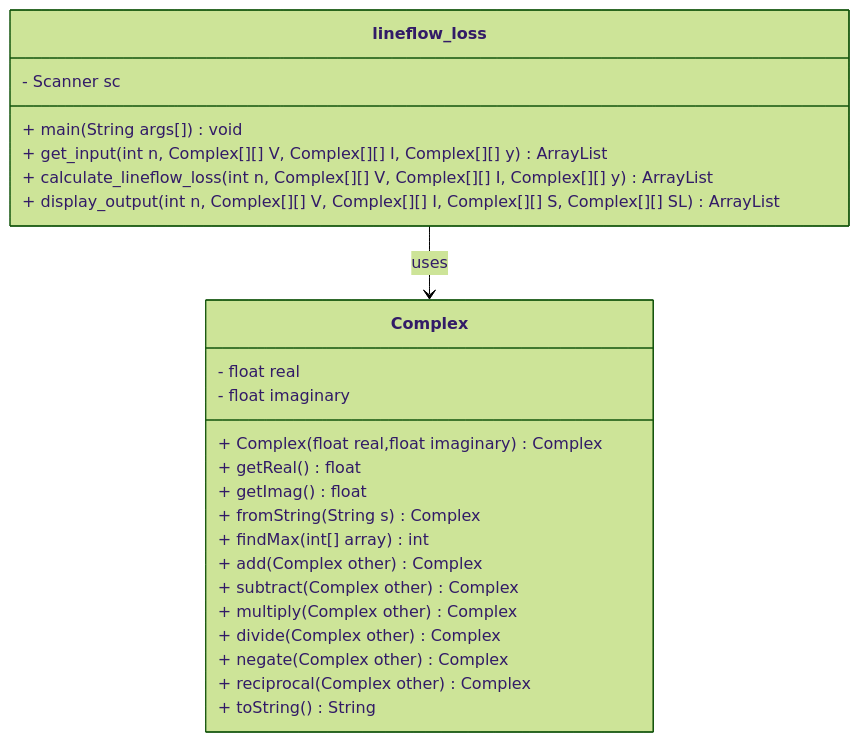
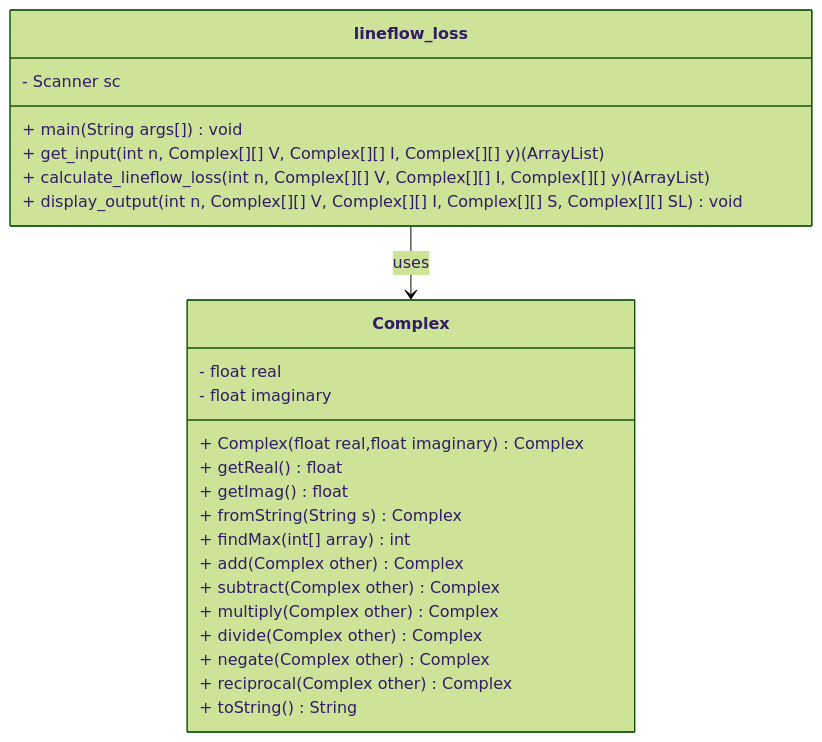
One commit to Sree2011/codes-loadflow-analysis changed the diagram in line-flows-and-losses.md. Above: the diagram before and after it, drawn with Mermaid (forest theme).

````diff
--- a/line-flows-and-losses.md
+++ b/line-flows-and-losses.md
@@ -121,29 +121,29 @@
 ```mermaid
 classDiagram
 class Complex{
    - float real
    - float imaginary
    + Complex(float real,float imaginary) Complex
    + getReal() float
    + getImag() float
    + fromString(String s) Complex
    + findMax(int[] array) int
    + add(Complex other) Complex
    + subtract(Complex other) Complex
    + multiply(Complex other) Complex
    + divide(Complex other) Complex
    + negate(Complex other) Complex
    + reciprocal(Complex other) Complex
    + toString() String
 }
 
 class lineflow_loss{
     - Scanner sc
     + main(String args[]) void
-    + get_input(int n, Complex[][] V, Complex[][] I, Complex[][] y) ArrayList<Complex[][]>
-    + calculate_lineflow_loss(int n, Complex[][] V, Complex[][] I, Complex[][] y) ArrayList<Complex[][]>
-    + display_output(int n, Complex[][] V, Complex[][] I, Complex[][] S, Complex[][] SL) ArrayList<Complex[][]>
+    + get_input(int n, Complex[][] V, Complex[][] I, Complex[][] y) (ArrayList<Complex[][]>)
+    + calculate_lineflow_loss(int n, Complex[][] V, Complex[][] I, Complex[][] y) (ArrayList<Complex[][]>)
+    + display_output(int n, Complex[][] V, Complex[][] I, Complex[][] S, Complex[][] SL) void
 }
 
 lineflow_loss --> Complex: uses
 ```
````
